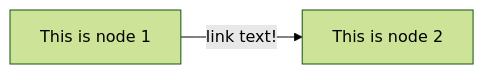
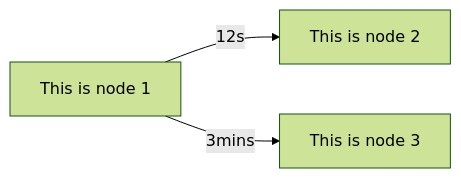
One commit to samsmithnz/MermaidDotNet changed the diagram in README.md. Above: the diagram before and after it, drawn with Mermaid (forest theme). The commit also changed other lines of this file, not shown here.

````diff
--- a/README.md
+++ b/README.md
@@ -32,6 +36,8 @@
 ```mermaid  
 flowchart LR
     node1[This is node 1]
     node2[This is node 2]
-    node1--link text!-->node2
+    node3[This is node 3]
+    node1--12s-->node2
+    node1--3mins-->node3
 ```
````
